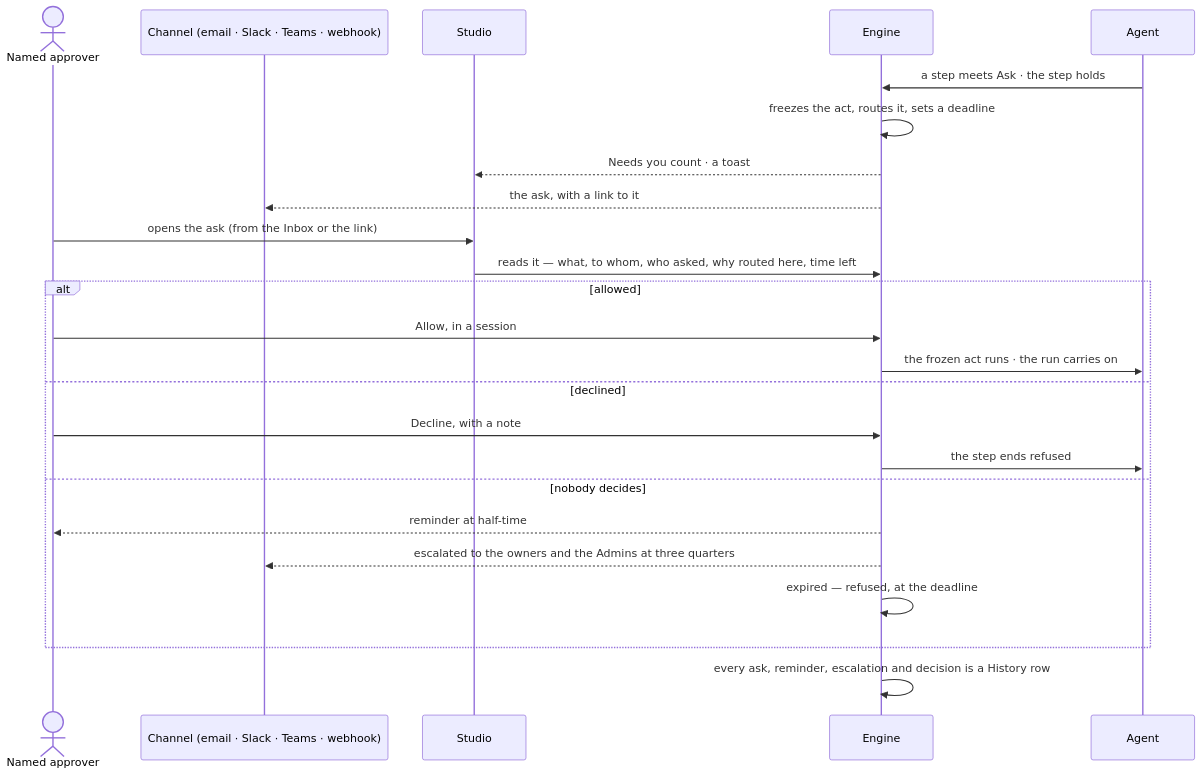
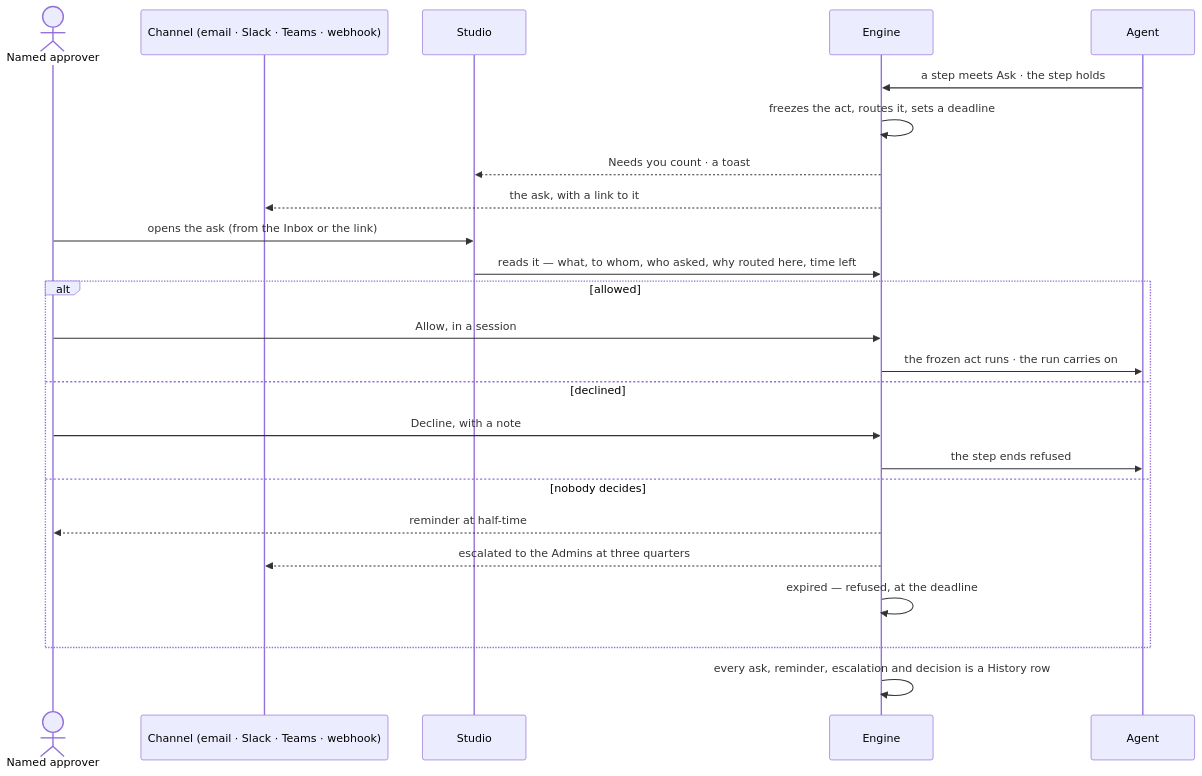
Before and after one commit to invana/invana: the second of 2 diagrams in specs/os/access/features/AC-F05-asks-and-approvals/feature.md, drawn with Mermaid. The commit also changed other lines of this file and 300 other files, not shown here.

````diff
--- a/specs/os/access/features/AC-F05-asks-and-approvals/feature.md
+++ b/specs/os/access/features/AC-F05-asks-and-approvals/feature.md
@@ -43,26 +47,26 @@
 ```mermaid
 sequenceDiagram
   actor P as Named approver
   participant C as Channel (email · Slack · Teams · webhook)
   participant S as Studio
   participant E as Engine
   participant A as Agent
   A->>E: a step meets Ask · the step holds
   E->>E: freezes the act, routes it, sets a deadline
   E-->>S: Needs you count · a toast
   E-->>C: the ask, with a link to it
   P->>S: opens the ask (from the Inbox or the link)
   S->>E: reads it — what, to whom, who asked, why routed here, time left
   alt allowed
     P->>E: Allow, in a session
     E->>A: the frozen act runs · the run carries on
   else declined
     P->>E: Decline, with a note
     E->>A: the step ends refused
   else nobody decides
     E-->>P: reminder at half-time
-    E-->>C: escalated to the owners and the Admins at three quarters
+    E-->>C: escalated to the Admins at three quarters
     E->>E: expired — refused, at the deadline
   end
   E->>E: every ask, reminder, escalation and decision is a History row
 ```
````
